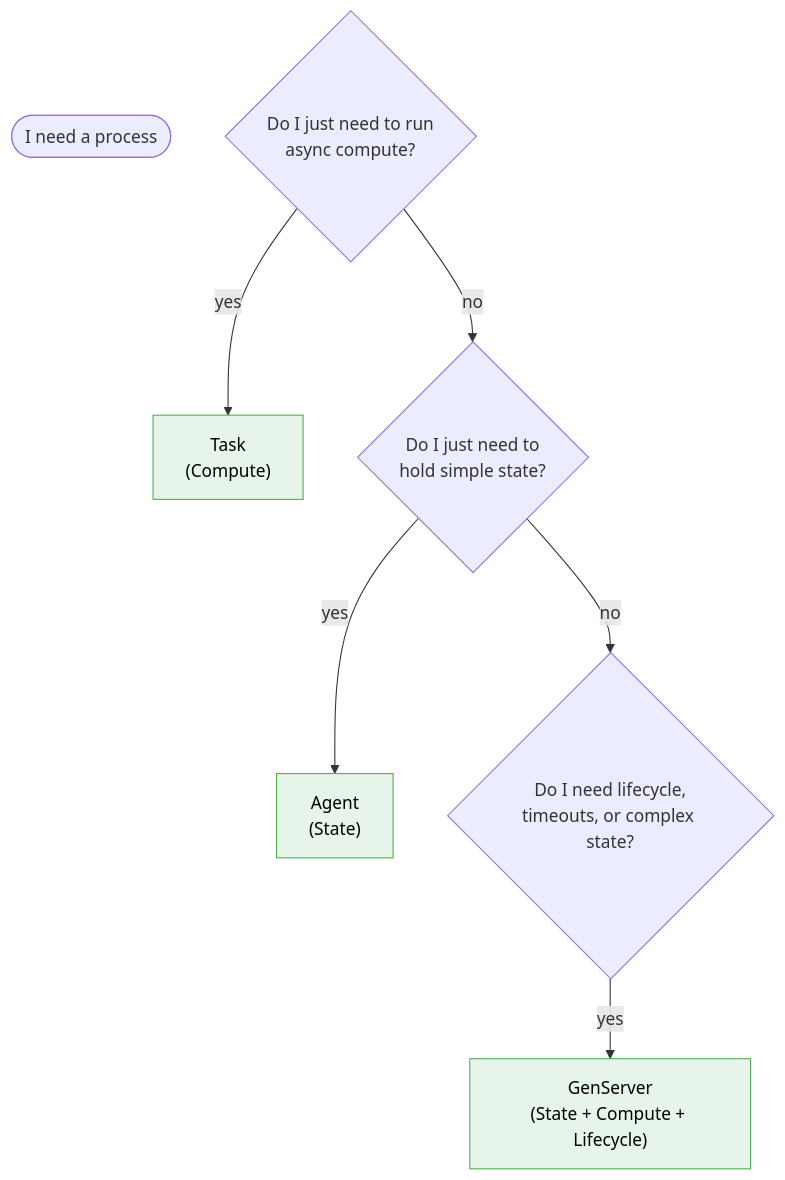
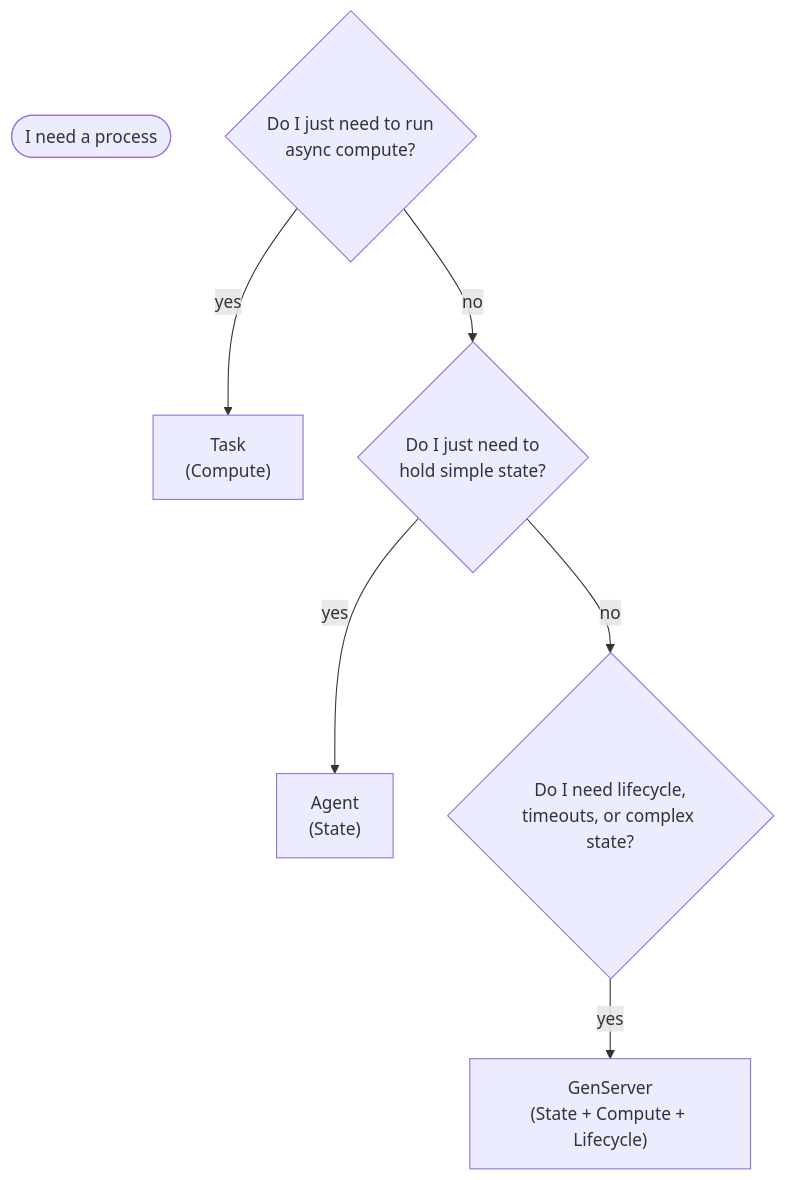
Before and after one commit to bchassoul/notes: the fourth of 5 diagrams in docs/notes/elixir.md, drawn with Mermaid. The commit also changed other lines of this file and 9 other files, not shown here.

Commit message:
Add diagrams and visual improvements across all notes

````diff
--- a/docs/notes/elixir.md
+++ b/docs/notes/elixir.md
@@ -361,17 +403,14 @@
 ```mermaid
 flowchart TD
     START(["I need a process"])
-    
+
     Q1{"Do I just need to run\nasync compute?"}
     Q1 -->|"yes"| TASK["Task\n(Compute)"]
     Q1 -->|"no"| Q2{"Do I just need to\nhold simple state?"}
-    
+
     Q2 -->|"yes"| AGENT["Agent\n(State)"]
     Q2 -->|"no"| Q3{"Do I need lifecycle,\ntimeouts, or complex state?"}
-    
+
     Q3 -->|"yes"| GS["GenServer\n(State + Compute + Lifecycle)"]
-    
-    style TASK fill:#e6f4ea,stroke:#4caf50,color:#000
-    style AGENT fill:#e6f4ea,stroke:#4caf50,color:#000
-    style GS fill:#e6f4ea,stroke:#4caf50,color:#000
+
 ```
````
